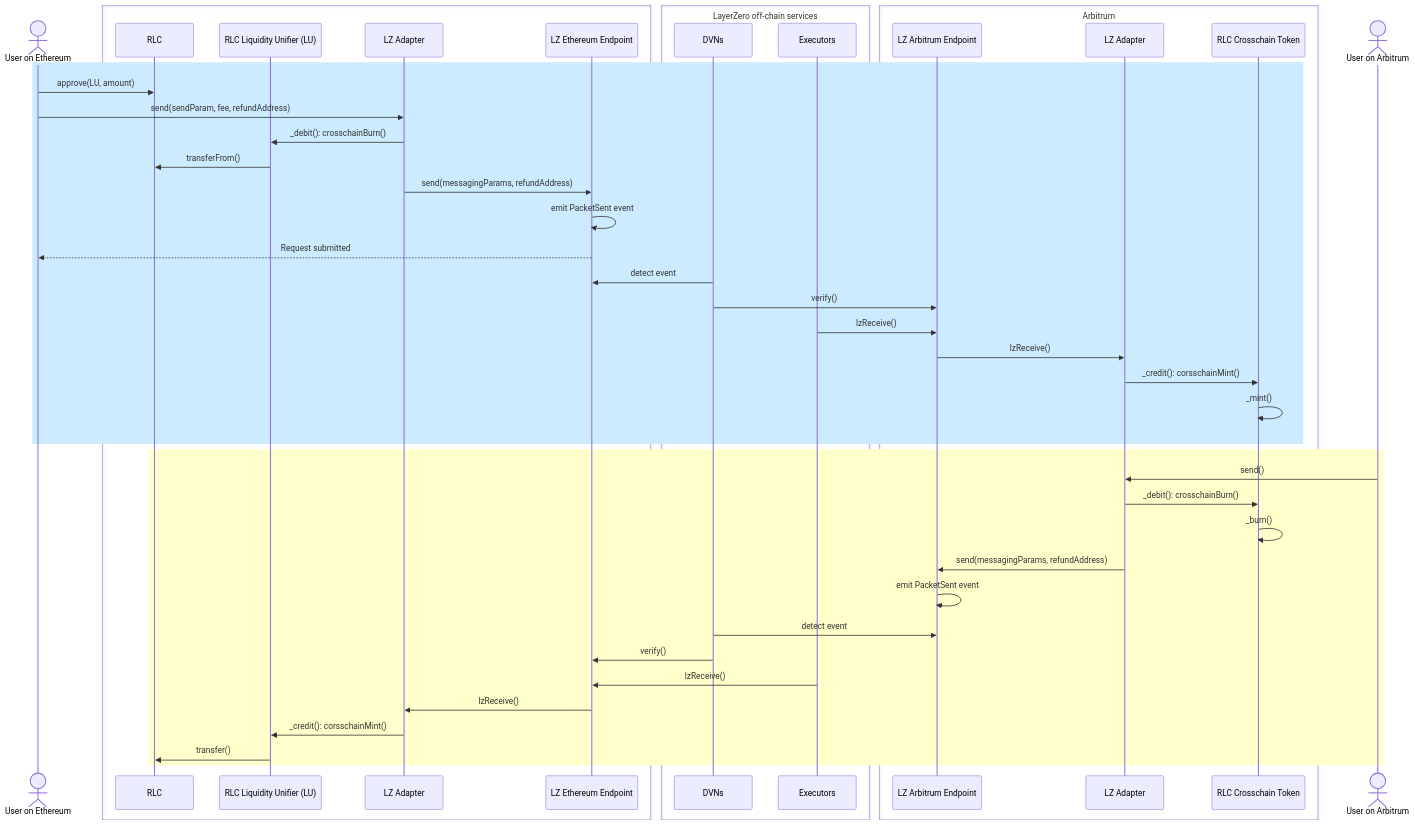
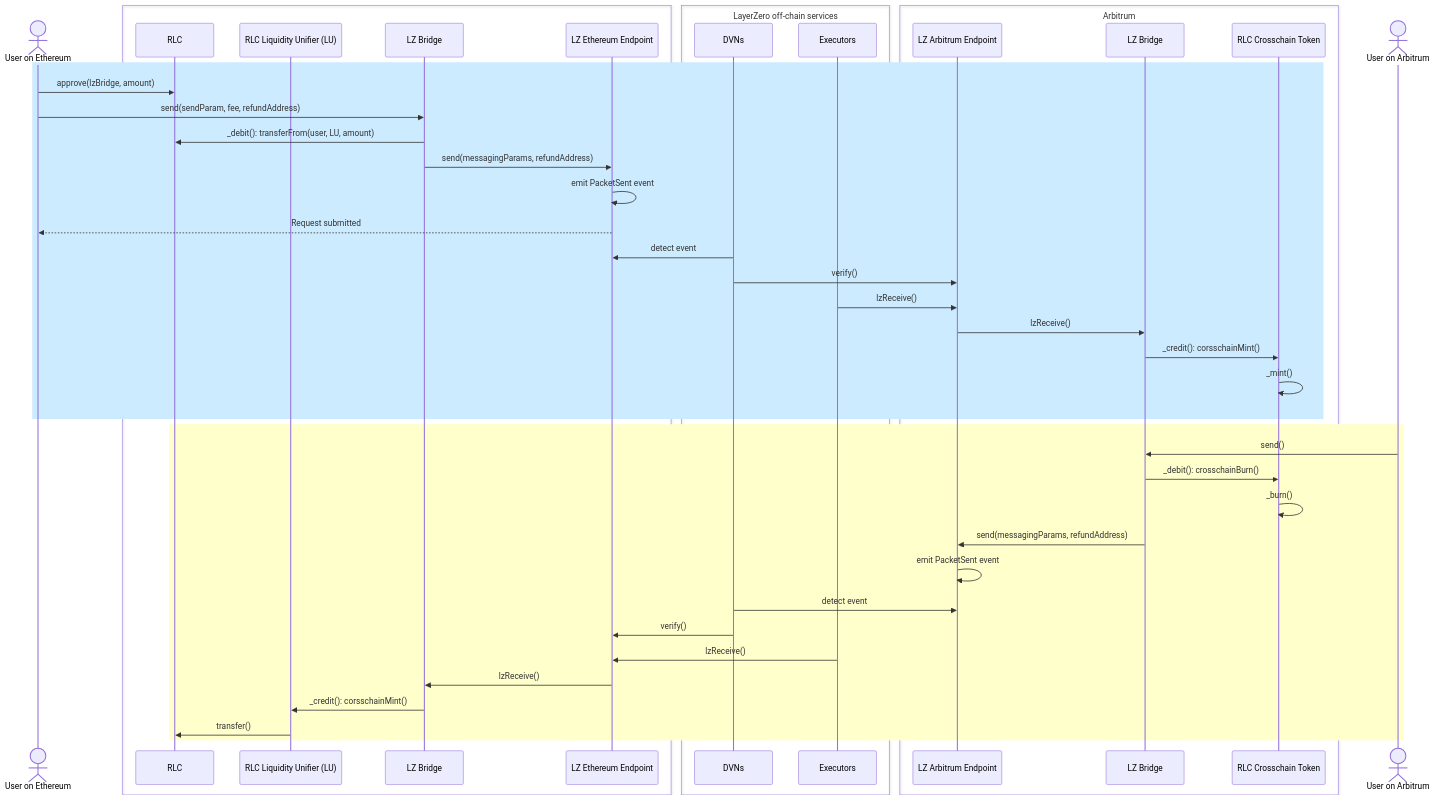
One commit to iExecBlockchainComputing/rlc-multichain changed the diagram in docs/Sequence-diagram.mermaid. Above: the diagram before and after it, drawn with Mermaid. The commit also changed 1 other file, not shown here.

Commit message:
docs: Update seq diagrams

```diff
--- a/docs/Sequence-diagram.mermaid
+++ b/docs/Sequence-diagram.mermaid
@@ -1,49 +1,48 @@
 %% https://www.mermaidchart.com/play
 
 sequenceDiagram
     actor ethUser as User on Ethereum
     box
         participant rlc as RLC
         participant rlcLu as RLC Liquidity Unifier (LU)
-        participant ethAdapter as LZ Adapter
+        participant ethBridge as LZ Bridge
         participant ethEndpoint as LZ Ethereum Endpoint
     end
     box LayerZero off-chain services
         participant dvn as DVNs
         participant executors as Executors
     end
     box Arbitrum
         participant arbEndpoint as LZ Arbitrum Endpoint
-        participant arbAdapter as LZ Adapter
+        participant arbBridge as LZ Bridge
         participant arbitrumRlc as RLC Crosschain Token
     end
     actor aUser as User on Arbitrum
 
     rect rgb(204, 235, 255)
-        ethUser ->> rlc: approve(LU, amount)
-        ethUser ->> ethAdapter: send(sendParam, fee, refundAddress)
-        ethAdapter ->> rlcLu: _debit(): crosschainBurn()
-        rlcLu ->> rlc : transferFrom()
-        ethAdapter ->> ethEndpoint: send(messagingParams, refundAddress)
+        ethUser ->> rlc: approve(lzBridge, amount)
+        ethUser ->> ethBridge: send(sendParam, fee, refundAddress)
+        ethBridge ->> rlc: _debit(): transferFrom(user, LU, amount)
+        ethBridge ->> ethEndpoint: send(messagingParams, refundAddress)
         ethEndpoint ->> ethEndpoint: emit PacketSent event
         ethEndpoint -->> ethUser: Request submitted
         dvn ->> ethEndpoint: detect event
         dvn ->> arbEndpoint: verify()
         executors ->> arbEndpoint: lzReceive()
-        arbEndpoint ->> arbAdapter: lzReceive()
-        arbAdapter ->> arbitrumRlc: _credit(): corsschainMint()
+        arbEndpoint ->> arbBridge: lzReceive()
+        arbBridge ->> arbitrumRlc: _credit(): corsschainMint()
         arbitrumRlc ->> arbitrumRlc: _mint()
     end
     rect rgb(255, 255, 204)
-        aUser ->> arbAdapter: send()
-        arbAdapter ->> arbitrumRlc: _debit(): crosschainBurn()
+        aUser ->> arbBridge: send()
+        arbBridge ->> arbitrumRlc: _debit(): crosschainBurn()
         arbitrumRlc ->> arbitrumRlc: _burn()
-        arbAdapter ->> arbEndpoint: send(messagingParams, refundAddress)
+        arbBridge ->> arbEndpoint: send(messagingParams, refundAddress)
         arbEndpoint ->> arbEndpoint: emit PacketSent event
         dvn ->> arbEndpoint: detect event
         dvn ->> ethEndpoint: verify()
         executors ->> ethEndpoint: lzReceive()
-        ethEndpoint ->> ethAdapter: lzReceive()
-        ethAdapter ->> rlcLu: _credit(): corsschainMint()
+        ethEndpoint ->> ethBridge: lzReceive()
+        ethBridge ->> rlcLu: _credit(): corsschainMint()
         rlcLu ->> rlc: transfer()
     end
```
